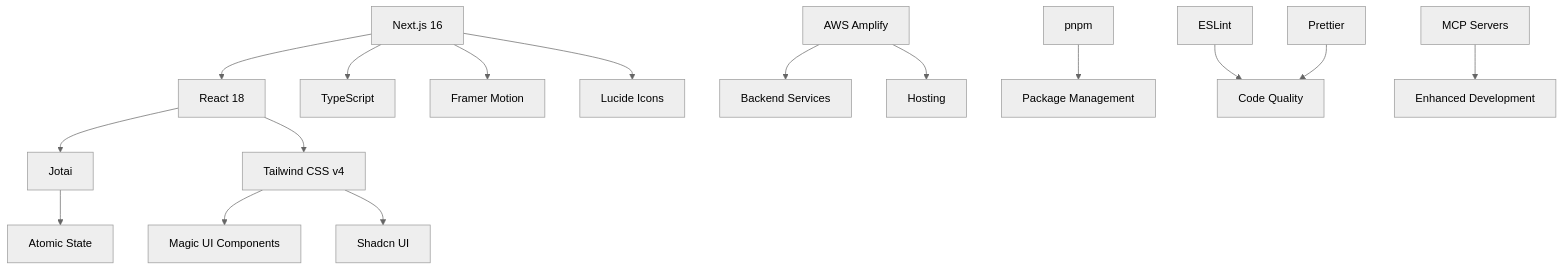
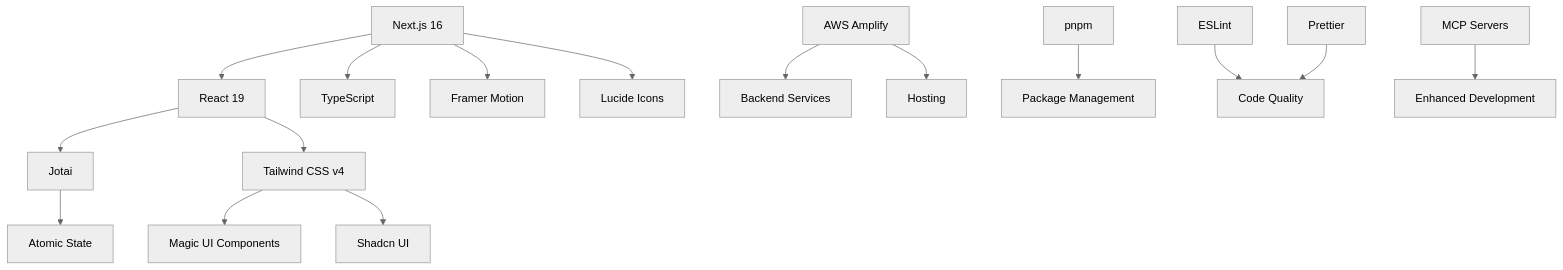
One commit to Themis128/my-portfolio-aws changed the first of 4 diagrams in README.md. Above: the diagram before and after it, drawn with Mermaid (neutral theme). The commit also changed other lines of this file and 3 other files, not shown here.

````diff
--- a/README.md
+++ b/README.md
@@ -360,18 +360,18 @@
 ```mermaid
 graph TD
-    A[Next.js 16] --> B[React 18]
+    A[Next.js 16] --> B[React 19]
     A --> C[TypeScript]
     B --> D[Jotai]
     D --> E[Atomic State]
     B --> F[Tailwind CSS v4]
     F --> G[Magic UI Components]
     F --> H[Shadcn UI]
     A --> I[Framer Motion]
     A --> J[Lucide Icons]
     K[AWS Amplify] --> L[Backend Services]
     K --> M[Hosting]
     N[pnpm] --> O[Package Management]
     P[ESLint] --> Q[Code Quality]
     R[Prettier] --> Q
     S[MCP Servers] --> T[Enhanced Development]
 ```
````
